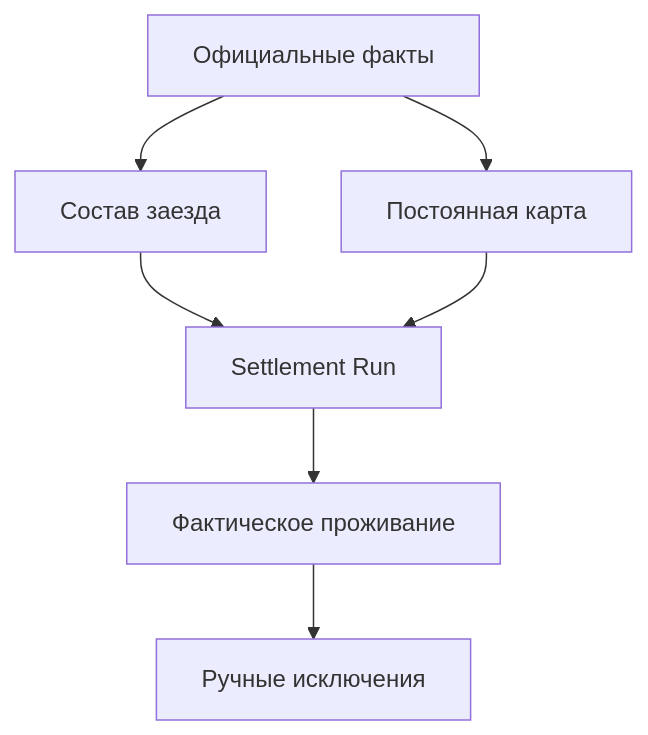
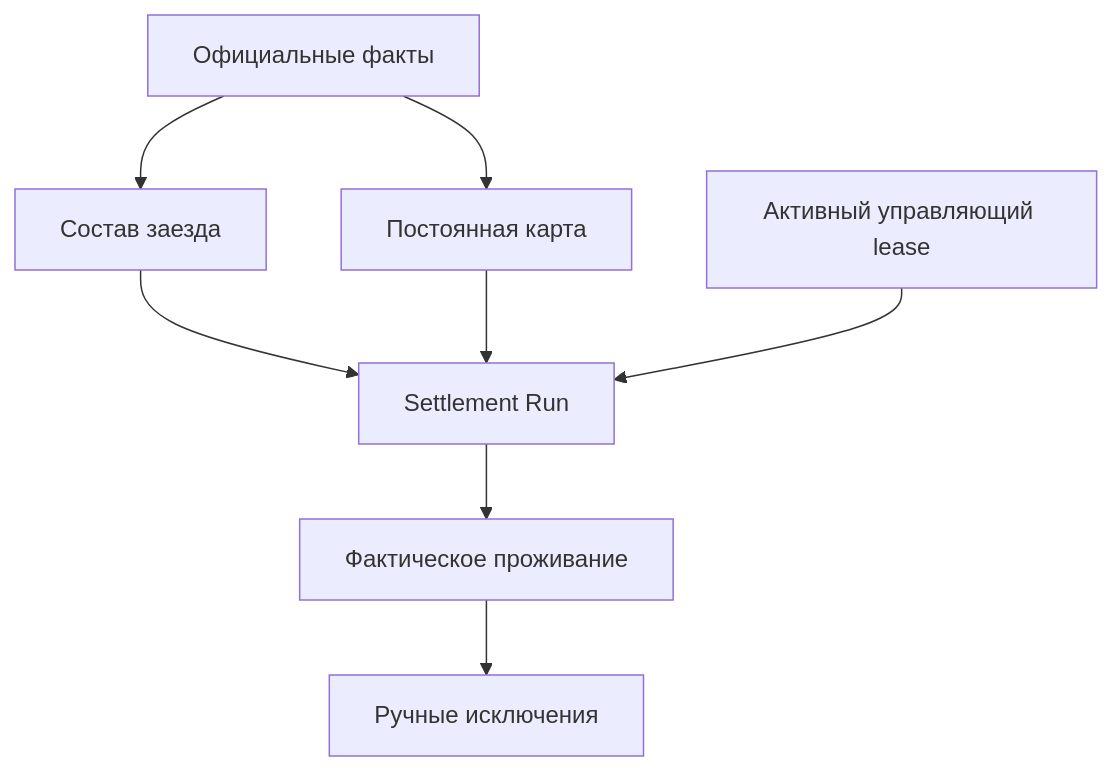
Before and after one commit to swwbazz-ux/1: the first of 2 diagrams in ПРОГРЕСС_ПРОЕКТА/МОДУЛЬ_РАССЕЛЕНИЯ/02_ЦЕЛЕВАЯ_АРХИТЕКТУРА_И_МОДЕЛЬ_ДАННЫХ.md, drawn with Mermaid. The commit also changed other lines of this file and 9 other files, not shown here.

````diff
--- a/ПРОГРЕСС_ПРОЕКТА/МОДУЛЬ_РАССЕЛЕНИЯ/02_ЦЕЛЕВАЯ_АРХИТЕКТУРА_И_МОДЕЛЬ_ДАННЫХ.md
+++ b/ПРОГРЕСС_ПРОЕКТА/МОДУЛЬ_РАССЕЛЕНИЯ/02_ЦЕЛЕВАЯ_АРХИТЕКТУРА_И_МОДЕЛЬ_ДАННЫХ.md
@@ -18,9 +19,10 @@
 ```mermaid
 flowchart TD
     A["Официальные факты"] --> B["Состав заезда"]
     A --> C["Постоянная карта"]
     B --> D["Settlement Run"]
     C --> D
+    L["Активный управляющий lease"] --> D
     D --> E["Фактическое проживание"]
     E --> F["Ручные исключения"]
 ```
````
